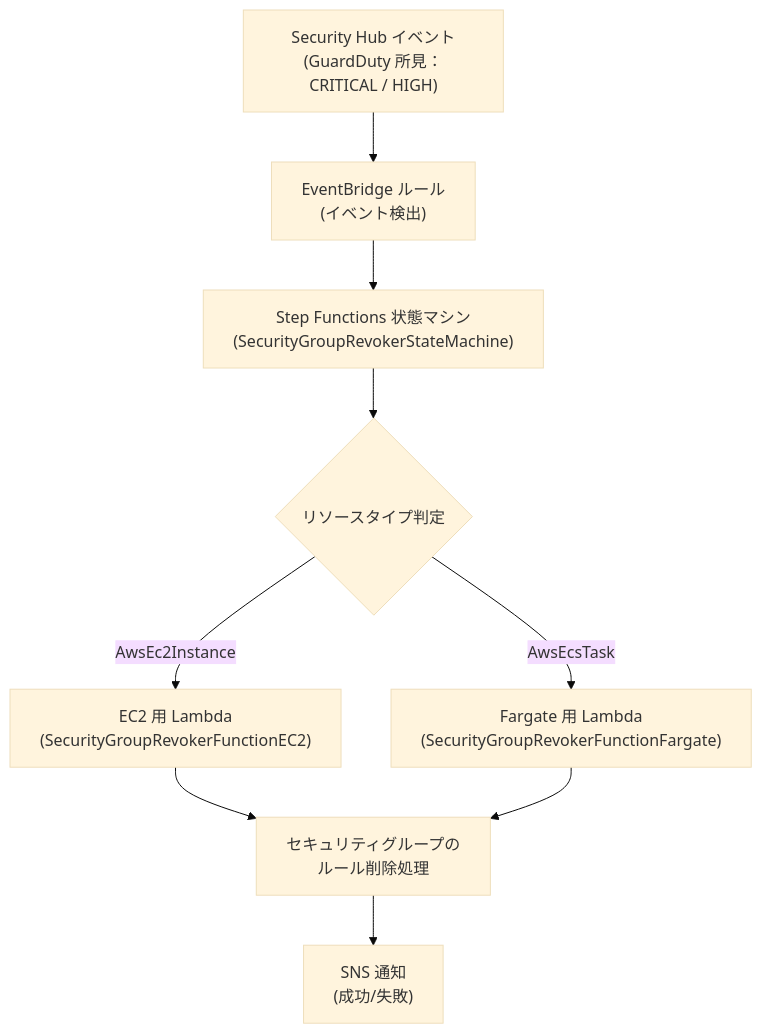
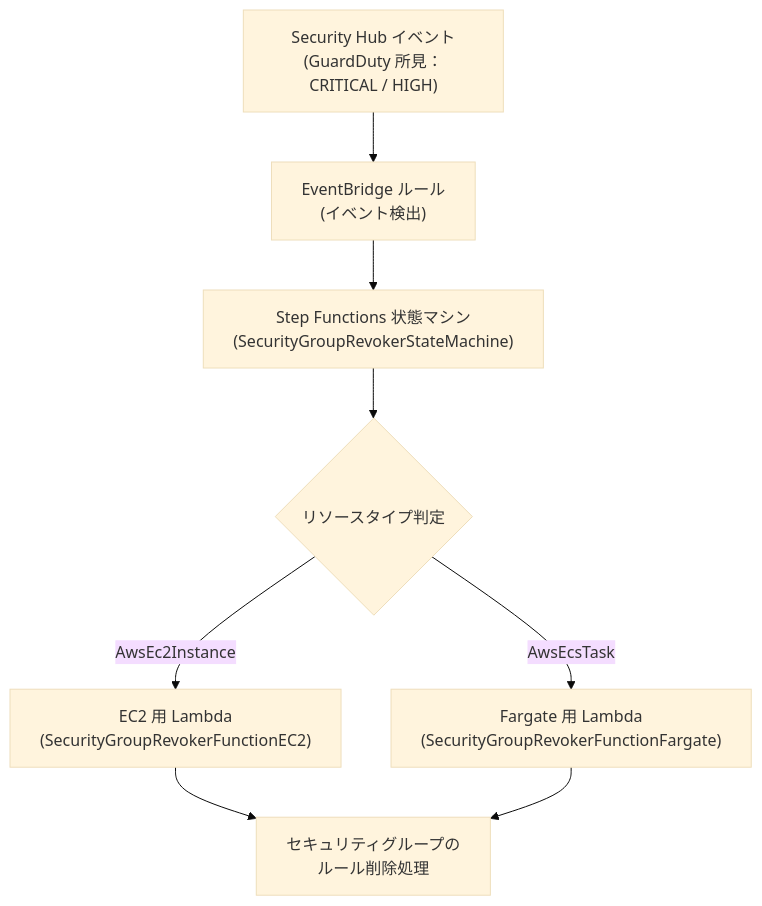
Before and after one commit to cybersecuritycloud/cloudfastener-guardduty-automated-response: the diagram in securitygroup-removal/deployment-guide.md, drawn with Mermaid (base theme). The commit also changed 1 other file, not shown here.

Commit message:
デプロイメントガイドのワークフロー図のテキストフォーマットを改善し、可読性を向上

````diff
--- a/securitygroup-removal/deployment-guide.md
+++ b/securitygroup-removal/deployment-guide.md
@@ -8,21 +8,19 @@
 ```mermaid
 flowchart TD
-    A["Security Hub イベント\n(GuardDuty 所見：CRITICAL / HIGH)"]
-    B["EventBridge ルール\n(イベント検出)"]
-    C["Step Functions 状態マシン\n(SecurityGroupRevokerStateMachine)"]
+    A["Security Hub イベント<br>(GuardDuty 所見：CRITICAL / HIGH)"]
+    B["EventBridge ルール<br>(イベント検出)"]
+    C["Step Functions 状態マシン<br>(SecurityGroupRevokerStateMachine)"]
     D{"リソースタイプ判定"}
-    E["EC2 用 Lambda\n(SecurityGroupRevokerFunctionEC2)"]
-    F["Fargate 用 Lambda\n(SecurityGroupRevokerFunctionFargate)"]
-    G["セキュリティグループの\nルール削除処理"]
-    H["SNS 通知\n(成功/失敗)"]
+    E["EC2 用 Lambda<br>(SecurityGroupRevokerFunctionEC2)"]
+    F["Fargate 用 Lambda<br>(SecurityGroupRevokerFunctionFargate)"]
+    G["セキュリティグループの<br>ルール削除処理"]
 
     A --> B
     B --> C
     C --> D
     D -- "AwsEc2Instance" --> E
     D -- "AwsEcsTask" --> F
     E --> G
     F --> G
-    G --> H
 
 ```
````
